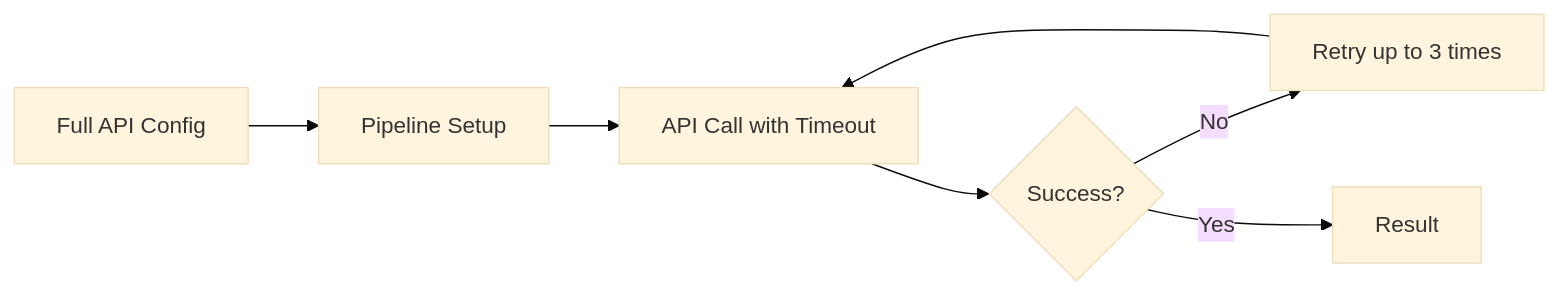
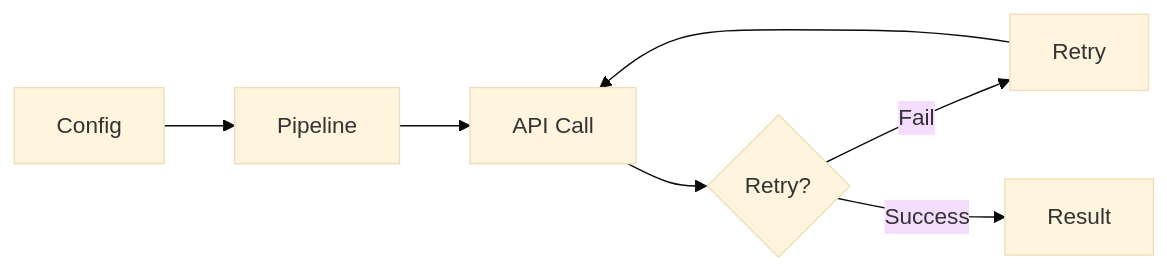
One commit to wisrovi/wpipe changed the first of 5 diagrams in examples/api_pipeline/06_full_config/README.md. Above: the diagram before and after it, drawn with Mermaid (base theme). The commit also changed other lines of this file and 20 other files, not shown here.

First line of the commit message:
Simplify Mermaid diagrams for better rendering

````diff
--- a/examples/api_pipeline/06_full_config/README.md
+++ b/examples/api_pipeline/06_full_config/README.md
@@ -15,9 +15,9 @@
 ```mermaid
 graph LR
-    A[Full API Config] --> B[Pipeline Setup]
-    B --> C[API Call with Timeout]
-    C --> D{Success?}
-    D -->|No| E[Retry up to 3 times]
+    A[Config] --> B[Pipeline]
+    B --> C[API Call]
+    C --> D{Retry?}
+    D -->|Fail| E[Retry]
     E --> C
-    D -->|Yes| F[Result]
+    D -->|Success| F[Result]
 ```
````
